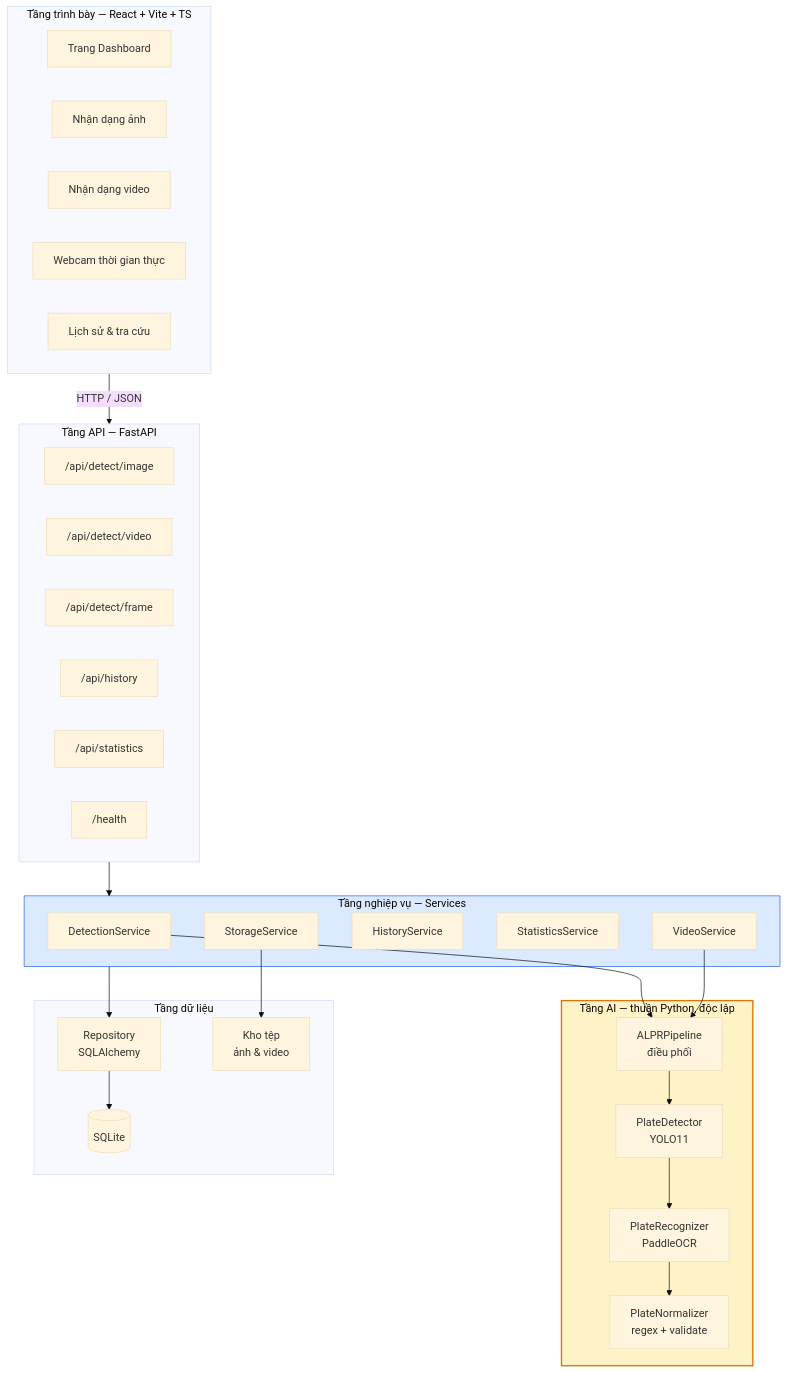
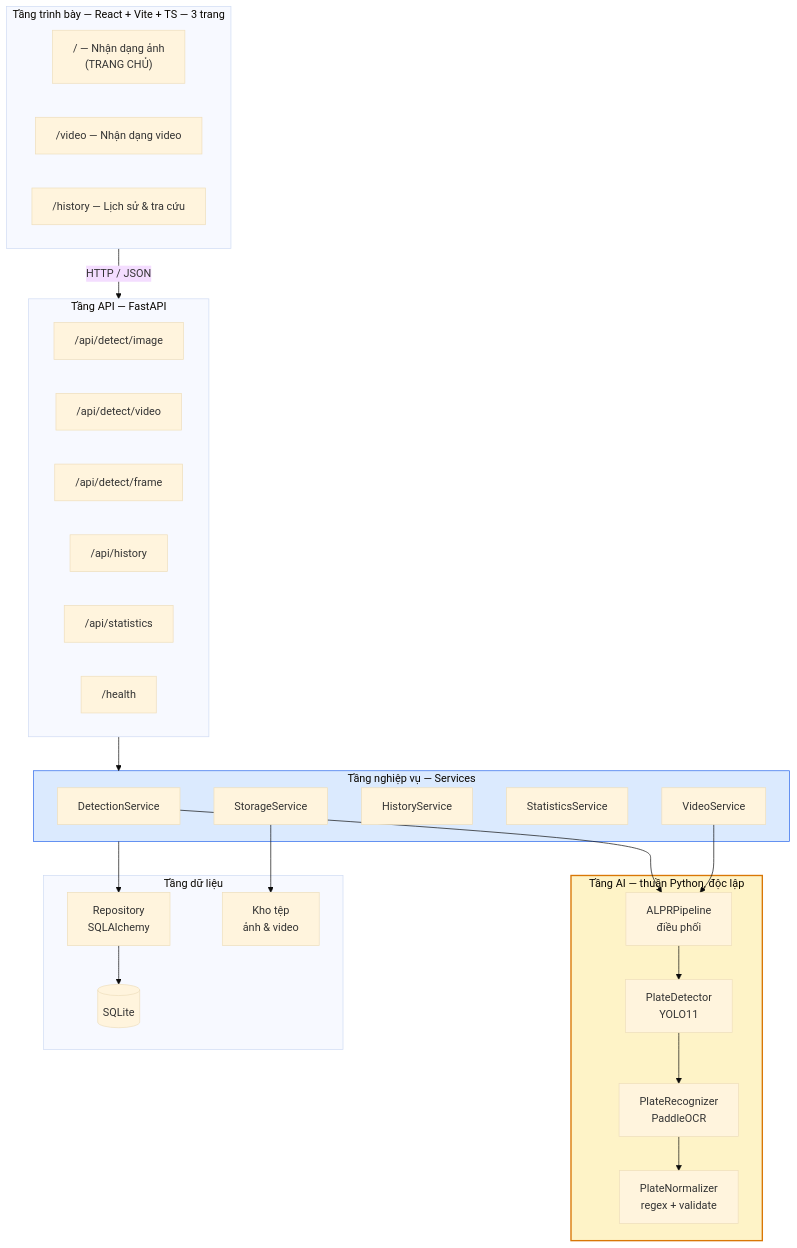
The first of 5 diagrams in docs/architecture/system-architecture.md (hieunguyen2604/alpr-do-an-mon-hoc), drawn with Mermaid (base theme) before and after one commit. The commit also changed other lines of this file and 82 other files, not shown here.

````diff
--- a/docs/architecture/system-architecture.md
+++ b/docs/architecture/system-architecture.md
@@ -31,51 +31,49 @@
 ```mermaid
 graph TB
-    subgraph L1["Tầng trình bày — React + Vite + TS"]
-        UI1[Trang Dashboard]
-        UI2[Nhận dạng ảnh]
-        UI3[Nhận dạng video]
-        UI4[Webcam thời gian thực]
-        UI5[Lịch sử & tra cứu]
+    subgraph L1["Tầng trình bày — React + Vite + TS — 3 trang"]
+        UI2["/ — Nhận dạng ảnh<br/>(TRANG CHỦ)"]
+        UI3["/video — Nhận dạng video"]
+        UI5["/history — Lịch sử & tra cứu"]
     end
 
     subgraph L2["Tầng API — FastAPI"]
         R1["/api/detect/image"]
         R2["/api/detect/video"]
         R3["/api/detect/frame"]
         R4["/api/history"]
         R5["/api/statistics"]
         R6["/health"]
     end
 
     subgraph L3["Tầng nghiệp vụ — Services"]
         S1[DetectionService]
         S2[VideoService]
         S3[HistoryService]
         S4[StatisticsService]
         S5[StorageService]
     end
 
     subgraph L4["Tầng AI — thuần Python, độc lập"]
         A1[PlateDetector<br/>YOLO11]
         A2[PlateRecognizer<br/>PaddleOCR]
         A3[PlateNormalizer<br/>regex + validate]
         A4[ALPRPipeline<br/>điều phối]
     end
 
     subgraph L5["Tầng dữ liệu"]
         D1[(SQLite)]
         D2[Repository<br/>SQLAlchemy]
         D3[Kho tệp<br/>ảnh & video]
     end
 
     L1 -->|HTTP / JSON| L2
     L2 --> L3
     S1 --> A4
     S2 --> A4
     A4 --> A1 --> A2 --> A3
     L3 --> D2 --> D1
     S5 --> D3
 
     style L4 fill:#fef3c7,stroke:#d97706,stroke-width:2px
     style L3 fill:#dbeafe,stroke:#2563eb
 ```
````
